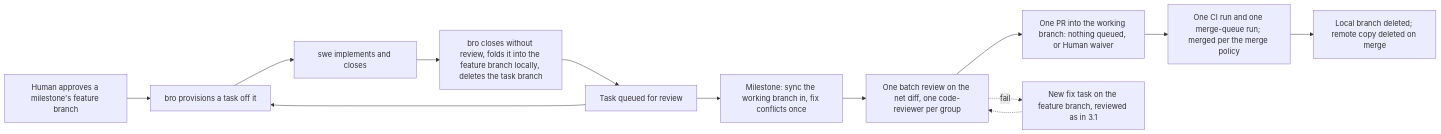
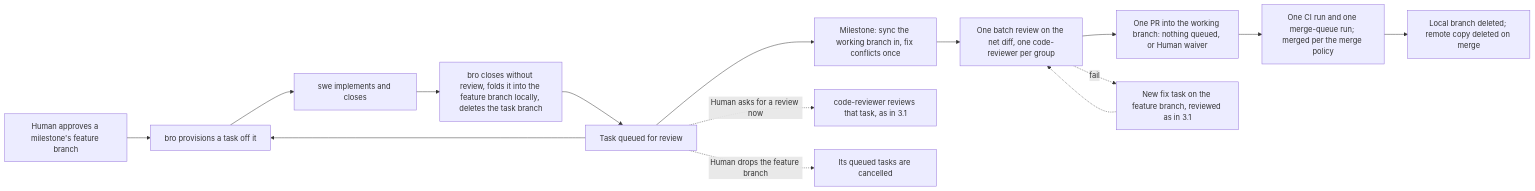
Before and after one commit to trustmybot/plugin: diagram 13 of 19 in docs/architecture/FLOWS.md, drawn with Mermaid. The commit also changed other lines of this file and 6 other files, not shown here.

First line of the commit message:
📝 docs(schema): planned schema v75 and the task lifecycle it enforces (GH 3224) (#3251)

````diff
--- a/docs/architecture/FLOWS.md
+++ b/docs/architecture/FLOWS.md
@@ -187,15 +187,17 @@
 ```mermaid
 flowchart LR
     A[Human approves a milestone's feature branch] --> B[bro provisions a task off it]
     B --> C[swe implements and closes]
     C --> D[bro closes without review, folds it into the feature branch locally, deletes the task branch]
     D --> F[Task queued for review]
     F --> B
     F --> S[Milestone: sync the working branch in, fix conflicts once]
     S --> G[One batch review on the net diff, one code-reviewer per group]
     G --> H[One PR into the working branch: nothing queued, or Human waiver]
     H --> I[One CI run and one merge-queue run; merged per the merge policy]
     I --> J[Local branch deleted; remote copy deleted on merge]
     G -. fail .-> K[New fix task on the feature branch, reviewed as in 3.1]
     K -.-> G
+    F -. Human asks for a review now .-> R[code-reviewer reviews that task, as in 3.1]
+    F -. Human drops the feature branch .-> X[Its queued tasks are cancelled]
 ```
````
